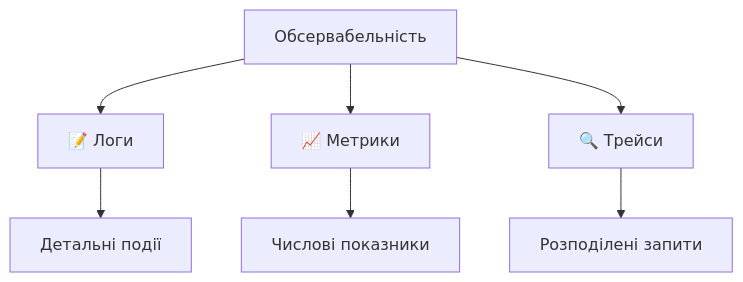
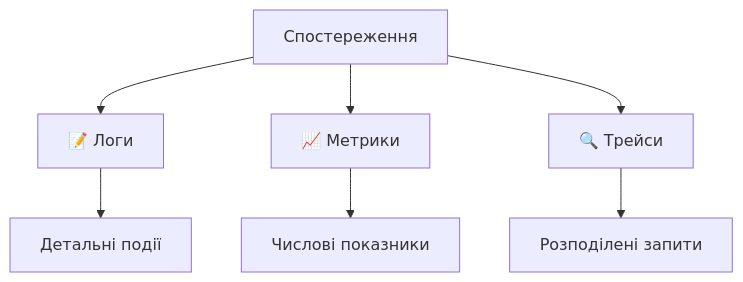
One commit to olroi421/course-opi changed the sixth of 11 diagrams in docs/presentations/presentation-13.md. Above: the diagram before and after it, drawn with Mermaid. The commit also changed other lines of this file, not shown here.

````diff
--- a/docs/presentations/presentation-13.md
+++ b/docs/presentations/presentation-13.md
@@ -260,10 +258,10 @@
 ```mermaid
 graph TB
-    A[Обсервабельність] --> B[📝 Логи]
+    A[Спостереження] --> B[📝 Логи]
     A --> C[📈 Метрики]
     A --> D[🔍 Трейси]
 
     B --> E[Детальні події]
     C --> F[Числові показники]
     D --> G[Розподілені запити]
 ```
````
